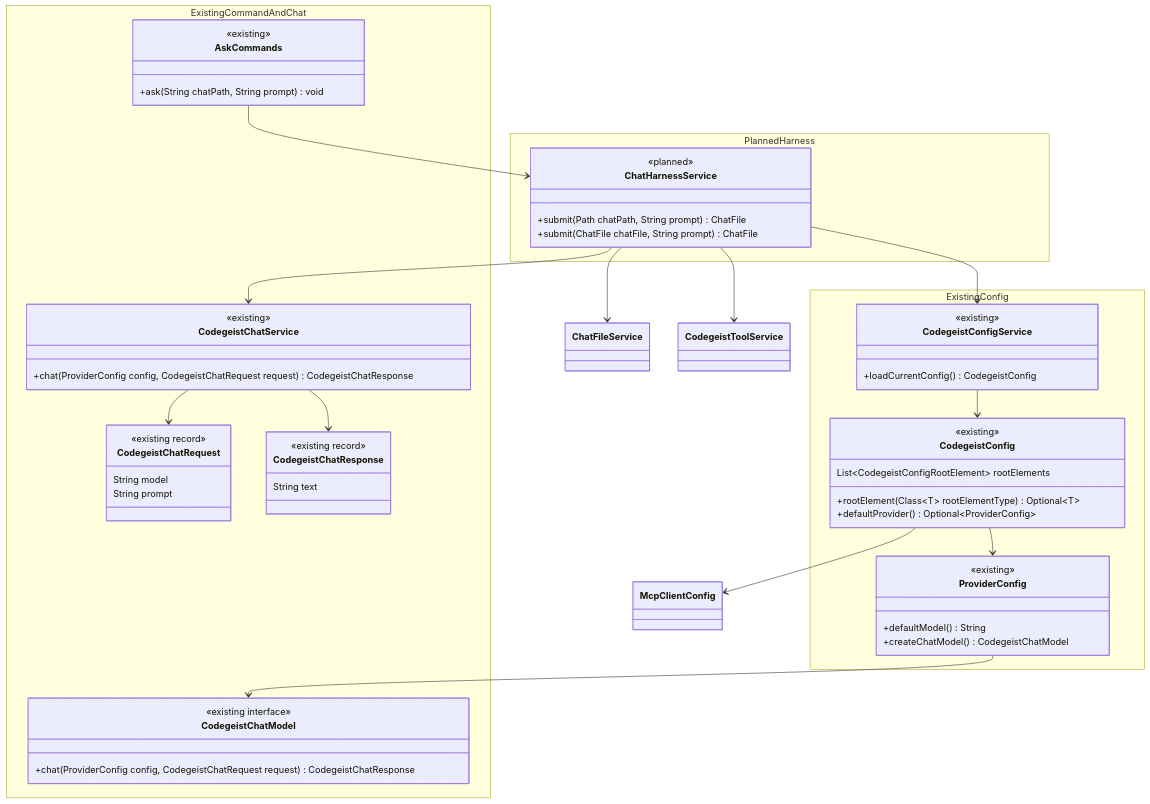
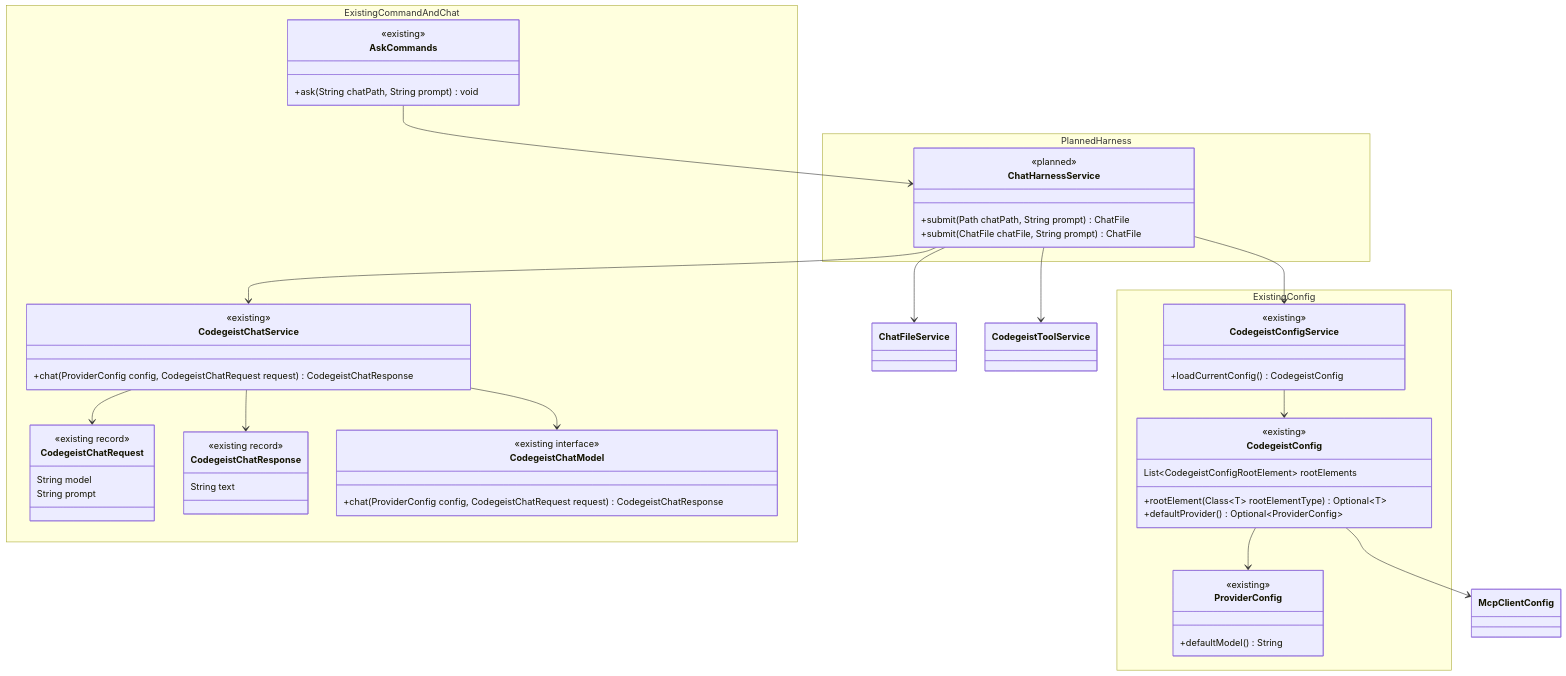
One commit to codegeist-ai/codegeist changed the first of 17 diagrams in docs/tasks/T007_build-codegeist-runtime-harness/runtime-harness-spec.md. Above: the diagram before and after it, drawn with Mermaid. The commit also changed 45 other files, not shown here.

````diff
--- a/docs/tasks/T007_build-codegeist-runtime-harness/runtime-harness-spec.md
+++ b/docs/tasks/T007_build-codegeist-runtime-harness/runtime-harness-spec.md
@@ -18,72 +18,71 @@
 ```mermaid
 classDiagram
     direction TB
 
     namespace ExistingCommandAndChat {
       class AskCommands {
         <<existing>>
         +ask(String chatPath, String prompt) void
       }
 
       class CodegeistChatService {
         <<existing>>
         +chat(ProviderConfig config, CodegeistChatRequest request) CodegeistChatResponse
       }
 
       class CodegeistChatRequest {
         <<existing record>>
         String model
         String prompt
       }
 
       class CodegeistChatResponse {
         <<existing record>>
         String text
       }
 
       class CodegeistChatModel {
         <<existing interface>>
         +chat(ProviderConfig config, CodegeistChatRequest request) CodegeistChatResponse
       }
     }
 
     namespace ExistingConfig {
       class CodegeistConfigService {
         <<existing>>
         +loadCurrentConfig() CodegeistConfig
       }
 
       class CodegeistConfig {
         <<existing>>
         List~CodegeistConfigRootElement~ rootElements
         +rootElement(Class~T~ rootElementType) Optional~T~
         +defaultProvider() Optional~ProviderConfig~
       }
 
       class ProviderConfig {
         <<existing>>
         +defaultModel() String
-        +createChatModel() CodegeistChatModel
       }
     }
 
     namespace PlannedHarness {
       class ChatHarnessService {
         <<planned>>
         +submit(Path chatPath, String prompt) ChatFile
         +submit(ChatFile chatFile, String prompt) ChatFile
       }
     }
 
     AskCommands --> ChatHarnessService
     ChatHarnessService --> CodegeistConfigService
     ChatHarnessService --> ChatFileService
     ChatHarnessService --> CodegeistChatService
     ChatHarnessService --> CodegeistToolService
     CodegeistConfigService --> CodegeistConfig
     CodegeistConfig --> ProviderConfig
     CodegeistConfig --> McpClientConfig
-    ProviderConfig --> CodegeistChatModel
+    CodegeistChatService --> CodegeistChatModel
     CodegeistChatService --> CodegeistChatRequest
     CodegeistChatService --> CodegeistChatResponse
 ```
````
